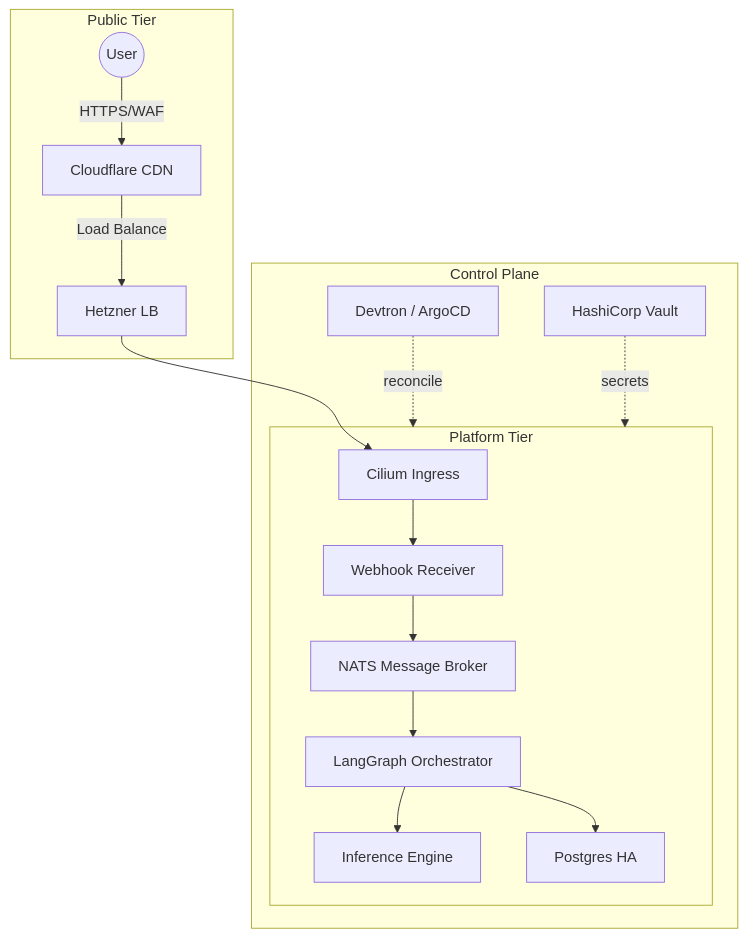
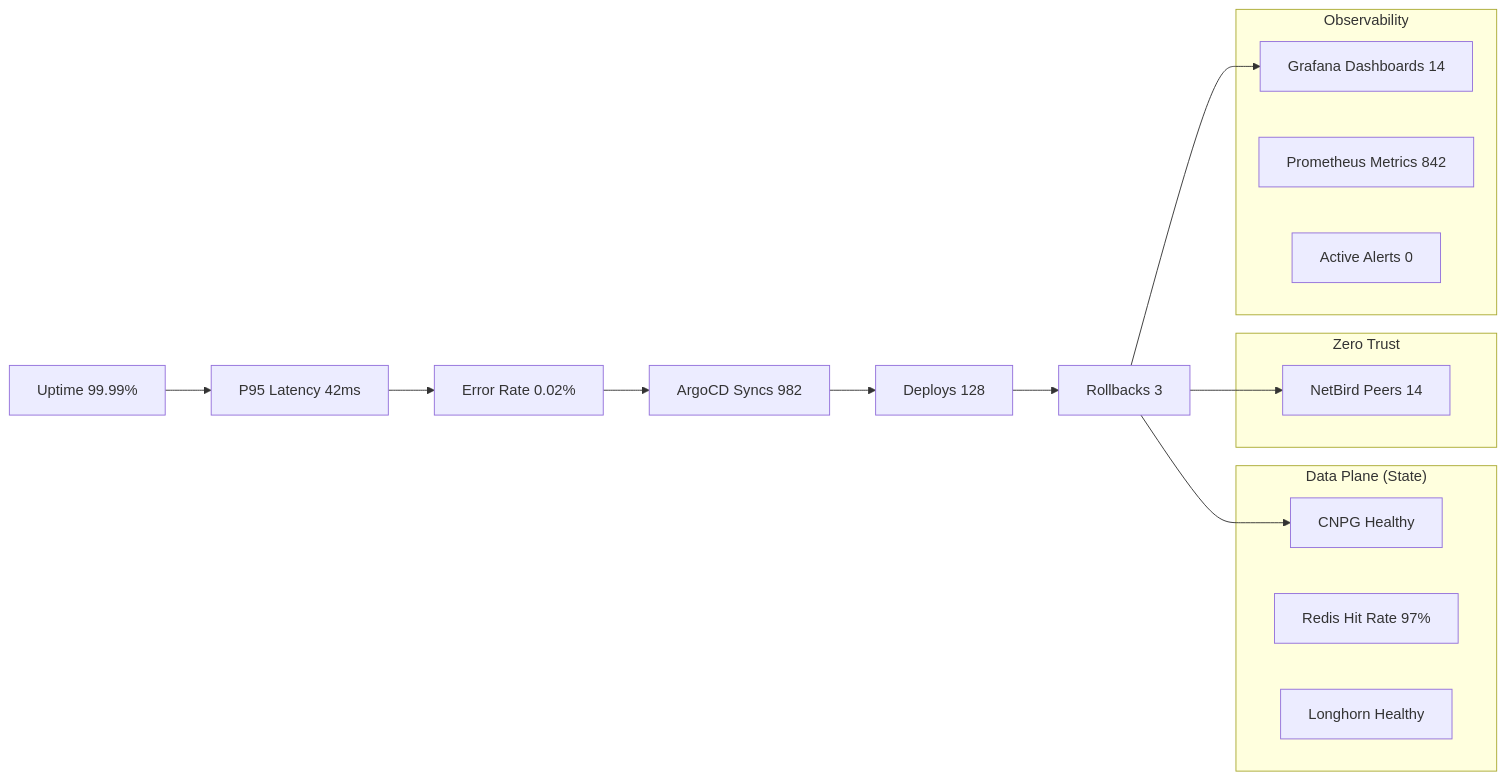
One commit to KeemWilliams/helix-platform changed the diagram in README.md. Above: the diagram before and after it, drawn with Mermaid. The commit also changed other lines of this file and 108 other files, not shown here.

````diff
--- a/README.md
+++ b/README.md
@@ -35,21 +48,28 @@
 ```mermaid
-graph TB
-  subgraph Public ["Public Tier"]
-    User((User)) -->|HTTPS/WAF| CDN[Cloudflare CDN]
-    CDN -->|Load Balance| AppLB[Hetzner LB]
-  end
+flowchart LR
+    A[Uptime 99.99%] --> B[P95 Latency 42ms]
+    B --> C[Error Rate 0.02%]
+    C --> D[ArgoCD Syncs 982]
+    D --> E[Deploys 128]
+    E --> F[Rollbacks 3]
 
-  subgraph Cluster ["Platform Tier"]
-    AppLB --> Ingress[Cilium Ingress]
-    Ingress --> Webhook[Webhook Receiver]
-    Webhook --> NATS[NATS Message Broker]
-    NATS --> LangGraph[LangGraph Orchestrator]
-    LangGraph --> AI[Inference Engine]
-    LangGraph --> DB[Postgres HA]
-  end
+    subgraph Data_Plane ["Data Plane (State)"]
+        G[CNPG Healthy]
+        H[Redis Hit Rate 97%]
+        I[Longhorn Healthy]
+    end
 
-  subgraph Management ["Control Plane"]
-    GitOps[Devtron / ArgoCD] -.->|reconcile| Cluster
-    Vault[HashiCorp Vault] -.->|secrets| Cluster
-  end
+    subgraph Zero_Trust ["Zero Trust"]
+        J[NetBird Peers 14]
+    end
+
+    subgraph Observability
+        K[Grafana Dashboards 14]
+        L[Prometheus Metrics 842]
+        M[Active Alerts 0]
+    end
+
+    F --> G
+    F --> J
+    F --> K
 ```
````
